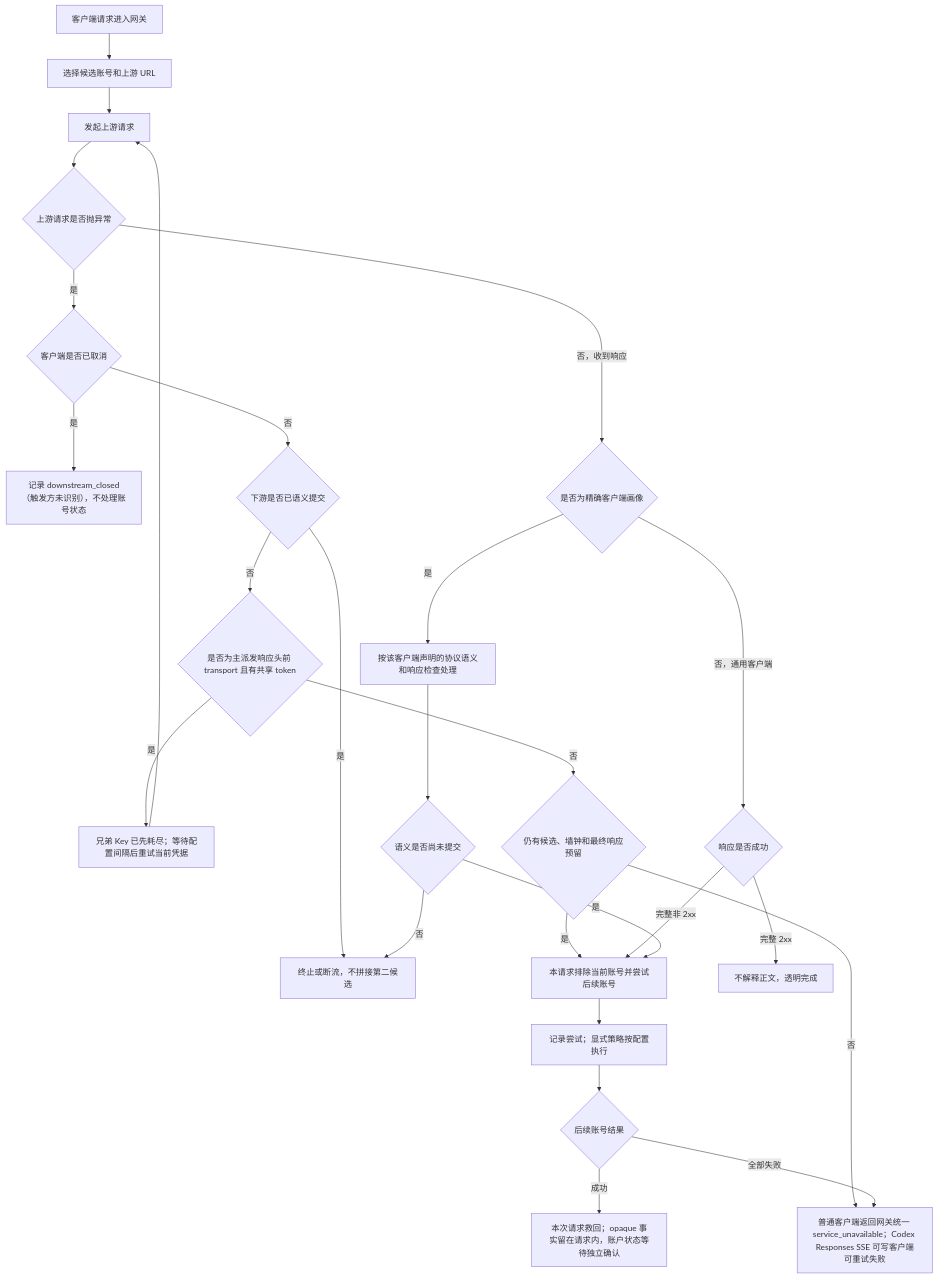
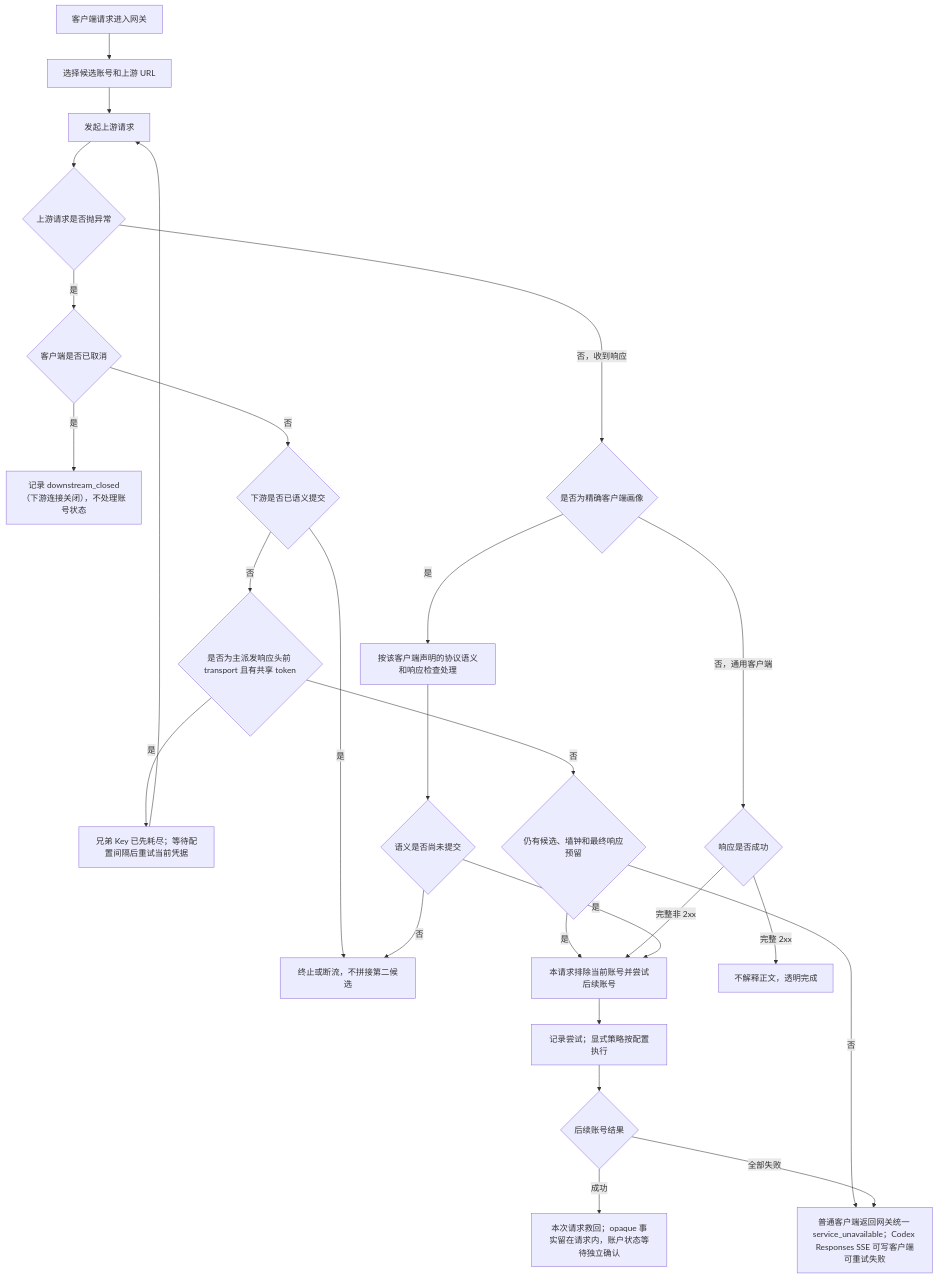
The first of 3 diagrams in docs/functions/网关异常重试与兜底策略.md (huanmin123/juhe-ai), drawn with Mermaid before and after one commit. The commit also changed 95 other files, not shown here.

````diff
--- a/docs/functions/网关异常重试与兜底策略.md
+++ b/docs/functions/网关异常重试与兜底策略.md
@@ -59,29 +59,29 @@
 ```mermaid
 flowchart TD
   A["客户端请求进入网关"] --> B["选择候选账号和上游 URL"]
   B --> C["发起上游请求"]
   C --> D{"上游请求是否抛异常"}
   D -- "是" --> E{"客户端是否已取消"}
-  E -- "是" --> F["记录 downstream_closed（触发方未识别），不处理账号状态"]
+  E -- "是" --> F["记录 downstream_closed（下游连接关闭），不处理账号状态"]
   E -- "否" --> Q{"下游是否已语义提交"}
   Q -- "是" --> S["终止或断流，不拼接第二候选"]
   Q -- "否" --> I{"是否为主派发响应头前 transport 且有共享 token"}
   I -- "是" --> I1["兄弟 Key 已先耗尽；等待配置间隔后重试当前凭据"]
   I -- "否" --> I2{"仍有候选、墙钟和最终响应预留"}
   I2 -- "是" --> X
   I2 -- "否" --> W
 
   D -- "否，收到响应" --> J{"是否为精确客户端画像"}
   J -- "否，通用客户端" --> G{"响应是否成功"}
   G -- "完整 2xx" --> K["不解释正文，透明完成"]
   G -- "完整非 2xx" --> X["只在本请求排除当前 Key/账号并尝试后续候选"]
   J -- "是" --> L["按该客户端声明的协议语义和响应检查处理"]
   L --> R{"语义是否尚未提交"}
   R -- "是" --> X["本请求排除当前账号并尝试后续账号"]
   R -- "否" --> S
   X --> P["记录尝试；显式策略按配置执行"]
   P --> T{"后续账号结果"}
   I1 --> C
   T -- "成功" --> U["本次请求救回；opaque 事实留在请求内，账户状态等待独立确认"]
   T -- "全部失败" --> W["普通客户端返回网关统一 service_unavailable；Codex Responses SSE 可写客户端可重试失败"]
 ```
````
